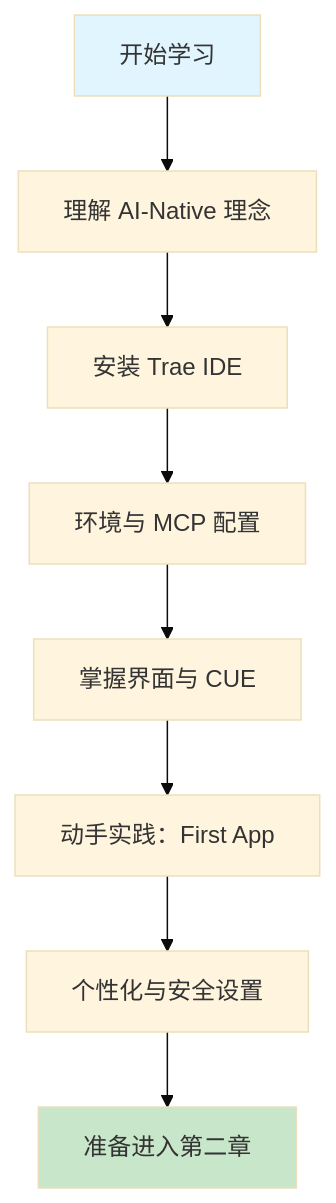
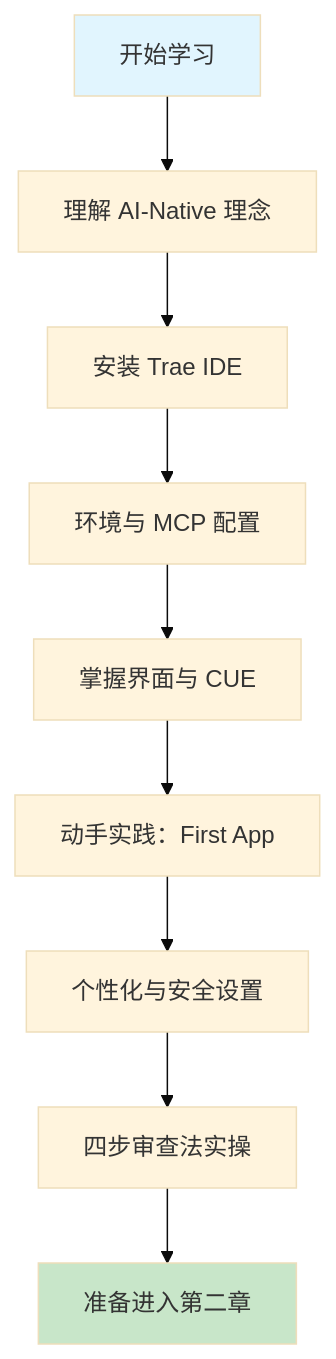
One commit to ForceInjection/AI-fundamentals changed the diagram in 10_ai_related_course/trae/第一部分-Trae基础入门/第一章-Trae简介与环境配置.md. Above: the diagram before and after it, drawn with Mermaid (base theme). The commit also changed other lines of this file and 19 other files, not shown here.

````diff
--- a/10_ai_related_course/trae/第一部分-Trae基础入门/第一章-Trae简介与环境配置.md
+++ b/10_ai_related_course/trae/第一部分-Trae基础入门/第一章-Trae简介与环境配置.md
@@ -15,13 +9,14 @@
 ```mermaid
 graph TD
     A[开始学习] --> B[理解 AI-Native 理念]
     B --> C[安装 Trae IDE]
     C --> D[环境与 MCP 配置]
     D --> E[掌握界面与 CUE]
     E --> F[动手实践：First App]
     F --> G[个性化与安全设置]
-    G --> H[准备进入第二章]
+    G --> H[四步审查法实操]
+    H --> I[准备进入第二章]
 
     style A fill:#e1f5fe
-    style H fill:#c8e6c9
+    style I fill:#c8e6c9
 ```
````
